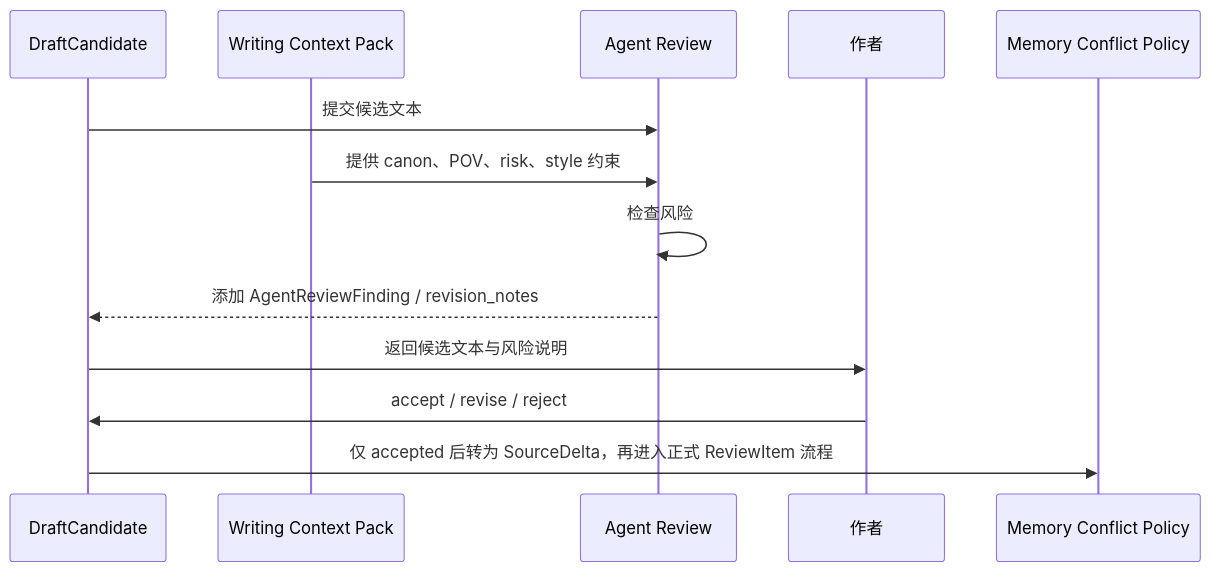
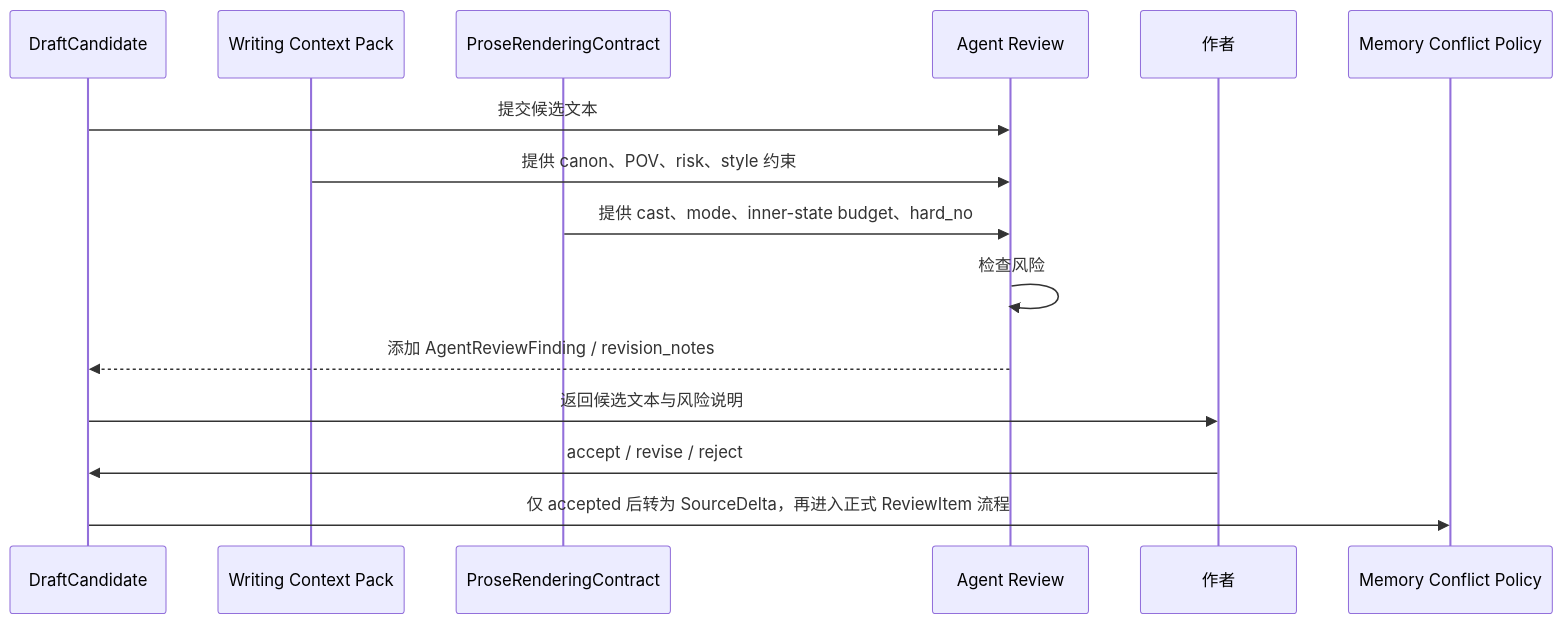
The first of 2 diagrams in goals/26-agent-review-policy.md (FrankQDWang/sextantlabs), drawn with Mermaid before and after one commit. The commit also changed other lines of this file and 13 other files, not shown here.

````diff
--- a/goals/26-agent-review-policy.md
+++ b/goals/26-agent-review-policy.md
@@ -61,16 +118,18 @@
 ```mermaid
 sequenceDiagram
     participant Draft as DraftCandidate
     participant Pack as Writing Context Pack
+    participant Contract as ProseRenderingContract
     participant Review as Agent Review
     participant Author as 作者
     participant Memory as Memory Conflict Policy
 
     Draft->>Review: 提交候选文本
     Pack->>Review: 提供 canon、POV、risk、style 约束
+    Contract->>Review: 提供 cast、mode、inner-state budget、hard_no
     Review->>Review: 检查风险
     Review-->>Draft: 添加 AgentReviewFinding / revision_notes
     Draft->>Author: 返回候选文本与风险说明
     Author->>Draft: accept / revise / reject
     Draft->>Memory: 仅 accepted 后转为 SourceDelta，再进入正式 ReviewItem 流程
 ```
````
